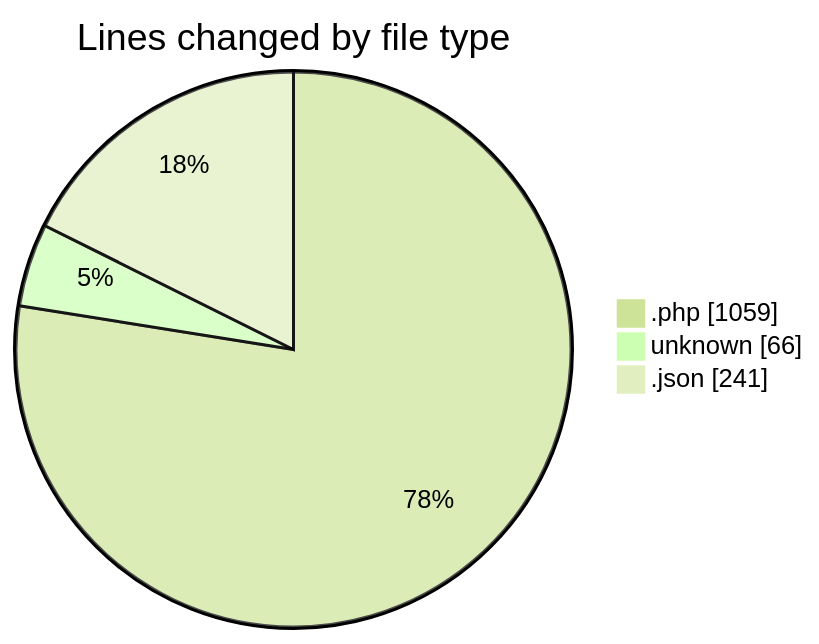
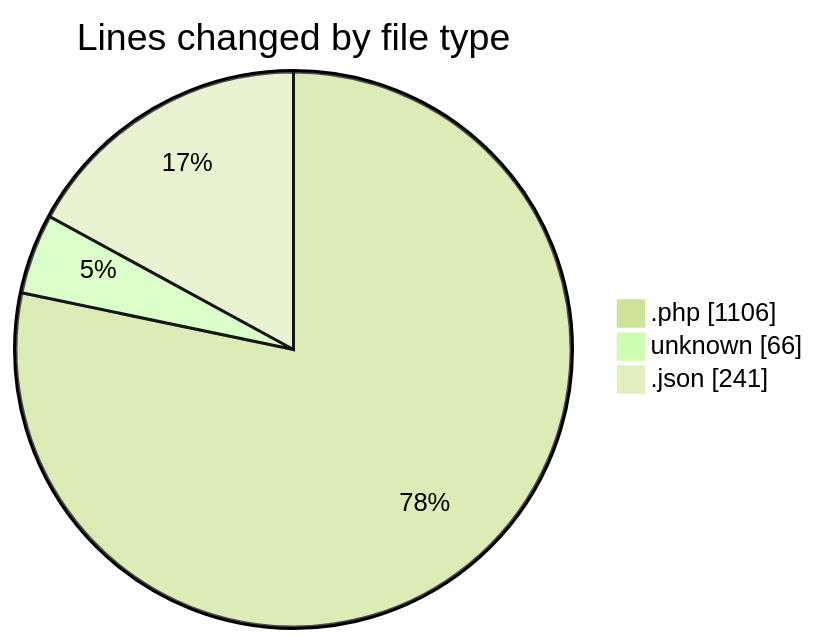
The first of 2 diagrams in 2025-04-10/test/README.md (idhammustaqopulfikri/code-tracking), drawn with Mermaid (forest theme) before and after one commit. The commit also changed other lines of this file and 1 other file, not shown here.

````diff
--- a/2025-04-10/test/README.md
+++ b/2025-04-10/test/README.md
@@ -37,7 +37,7 @@
 ```mermaid
 pie showData
 title Lines changed by file type
-".php" : 1059
+".php" : 1106
 "unknown" : 66
 ".json" : 241
 ```
````
